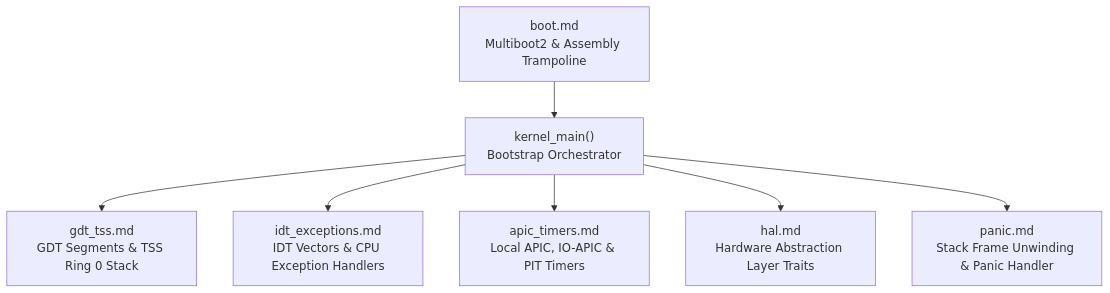
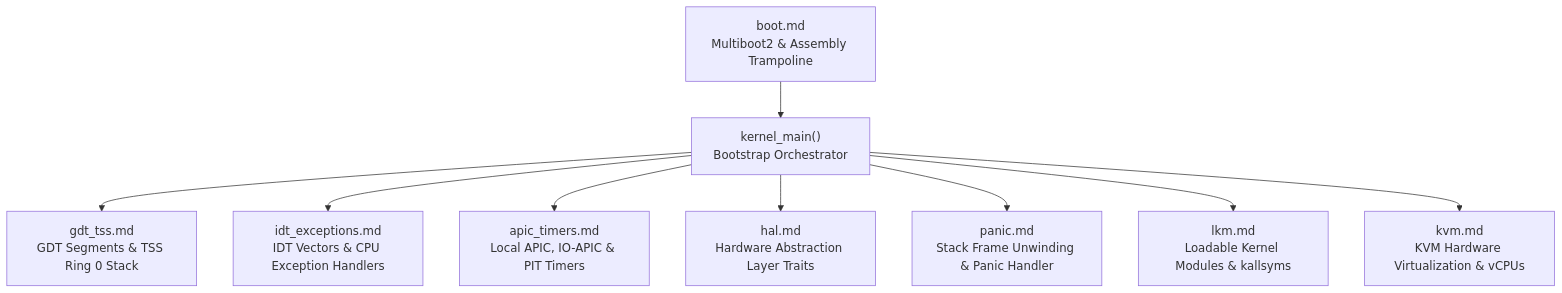
Before and after one commit to mrvlous/keira: the diagram in docs/kernel/README.md, drawn with Mermaid. The commit also changed other lines of this file and 21 other files, not shown here.

Commit message:
feat(fs/dev): eliminate stubs in ext4, lkm and kvm with active bare-metal engines

````diff
--- a/docs/kernel/README.md
+++ b/docs/kernel/README.md
@@ -11,9 +11,11 @@
 ```mermaid
 graph TD
     Boot["boot.md<br/>Multiboot2 & Assembly Trampoline"] --> Main["kernel_main()<br/>Bootstrap Orchestrator"]
     Main --> GDT["gdt_tss.md<br/>GDT Segments & TSS Ring 0 Stack"]
     Main --> IDT["idt_exceptions.md<br/>IDT Vectors & CPU Exception Handlers"]
     Main --> APIC["apic_timers.md<br/>Local APIC, IO-APIC & PIT Timers"]
     Main --> HAL["hal.md<br/>Hardware Abstraction Layer Traits"]
     Main --> Panic["panic.md<br/>Stack Frame Unwinding & Panic Handler"]
+    Main --> LKM["lkm.md<br/>Loadable Kernel Modules & kallsyms"]
+    Main --> KVM["kvm.md<br/>KVM Hardware Virtualization & vCPUs"]
 ```
````
